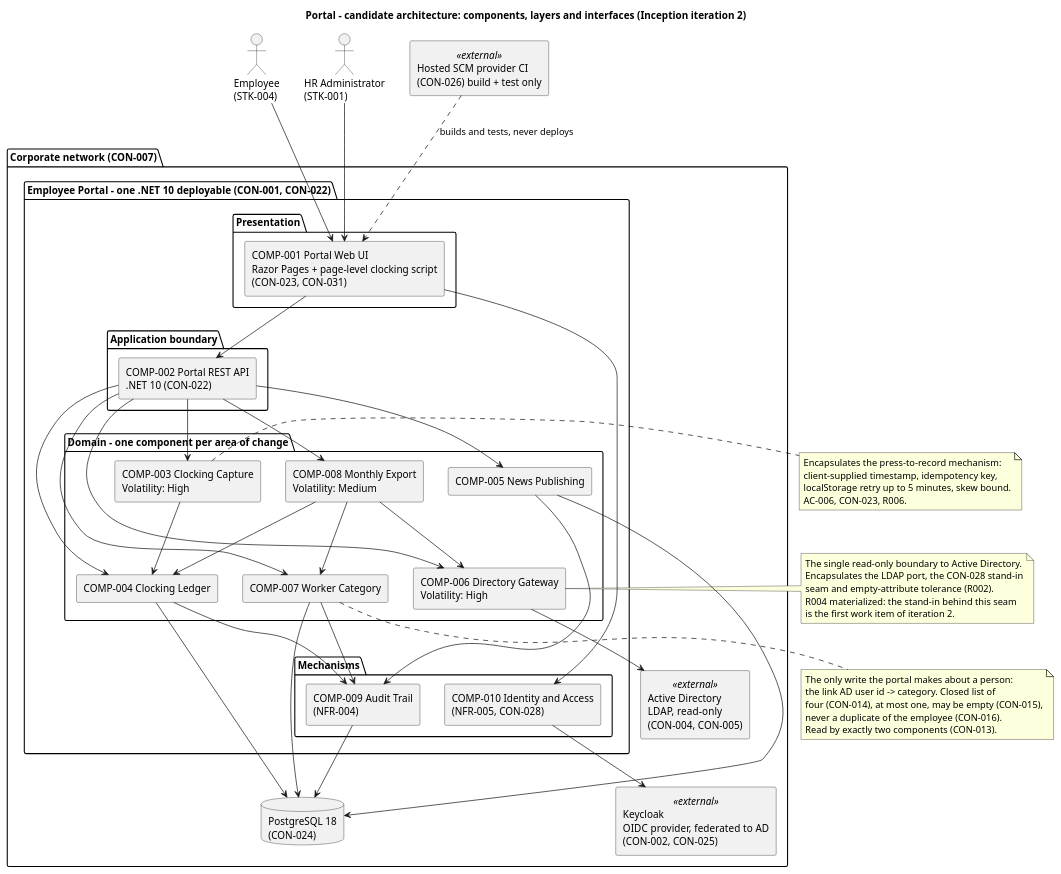
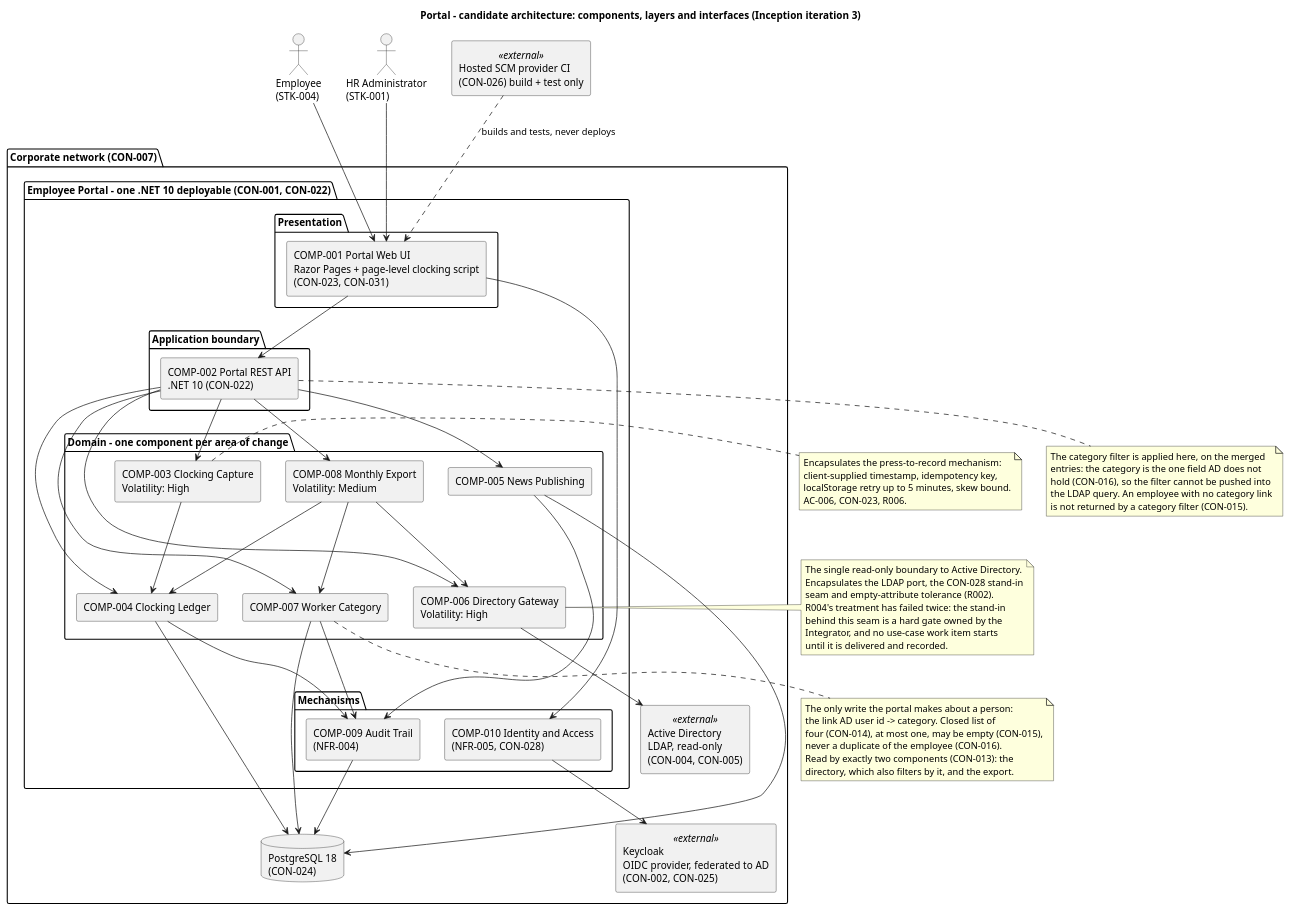
Before and after one commit to banense-test/portal: the fourth of 8 diagrams in docs/artifacts/analysis---design/software-architecture-document.md, drawn with PlantUML. The commit also changed other lines of this file, not shown here.

First line of the commit message:
Software Architect [I3]: upsert Software Architecture Document

````diff
--- a/docs/artifacts/analysis---design/software-architecture-document.md
+++ b/docs/artifacts/analysis---design/software-architecture-document.md
@@ -400,6 +402,6 @@
 ```plantuml
 @startuml Portal_Component
-title Portal - candidate architecture: components, layers and interfaces (Inception iteration 2)
+title Portal - candidate architecture: components, layers and interfaces (Inception iteration 3)
 skinparam componentStyle rectangle
 
 actor "Employee\n(STK-004)" as EMP
@@ -476,8 +478,10 @@
   The single read-only boundary to Active Directory.
   Encapsulates the LDAP port, the CON-028 stand-in
   seam and empty-attribute tolerance (R002).
-  R004 materialized: the stand-in behind this seam
-  is the first work item of iteration 2.
+  R004's treatment has failed twice: the stand-in
+  behind this seam is a hard gate owned by the
+  Integrator, and no use-case work item starts
+  until it is delivered and recorded.
 end note
 
 note bottom of C007
@@ -485,7 +489,16 @@
   the link AD user id -> category. Closed list of
   four (CON-014), at most one, may be empty (CON-015),
   never a duplicate of the employee (CON-016).
-  Read by exactly two components (CON-013).
+  Read by exactly two components (CON-013): the
+  directory, which also filters by it, and the export.
+end note
+
+note bottom of C002
+  The category filter is applied here, on the merged
+  entries: the category is the one field AD does not
+  hold (CON-016), so the filter cannot be pushed into
+  the LDAP query. An employee with no category link
+  is not returned by a category filter (CON-015).
 end note
 @enduml
 ```
````
